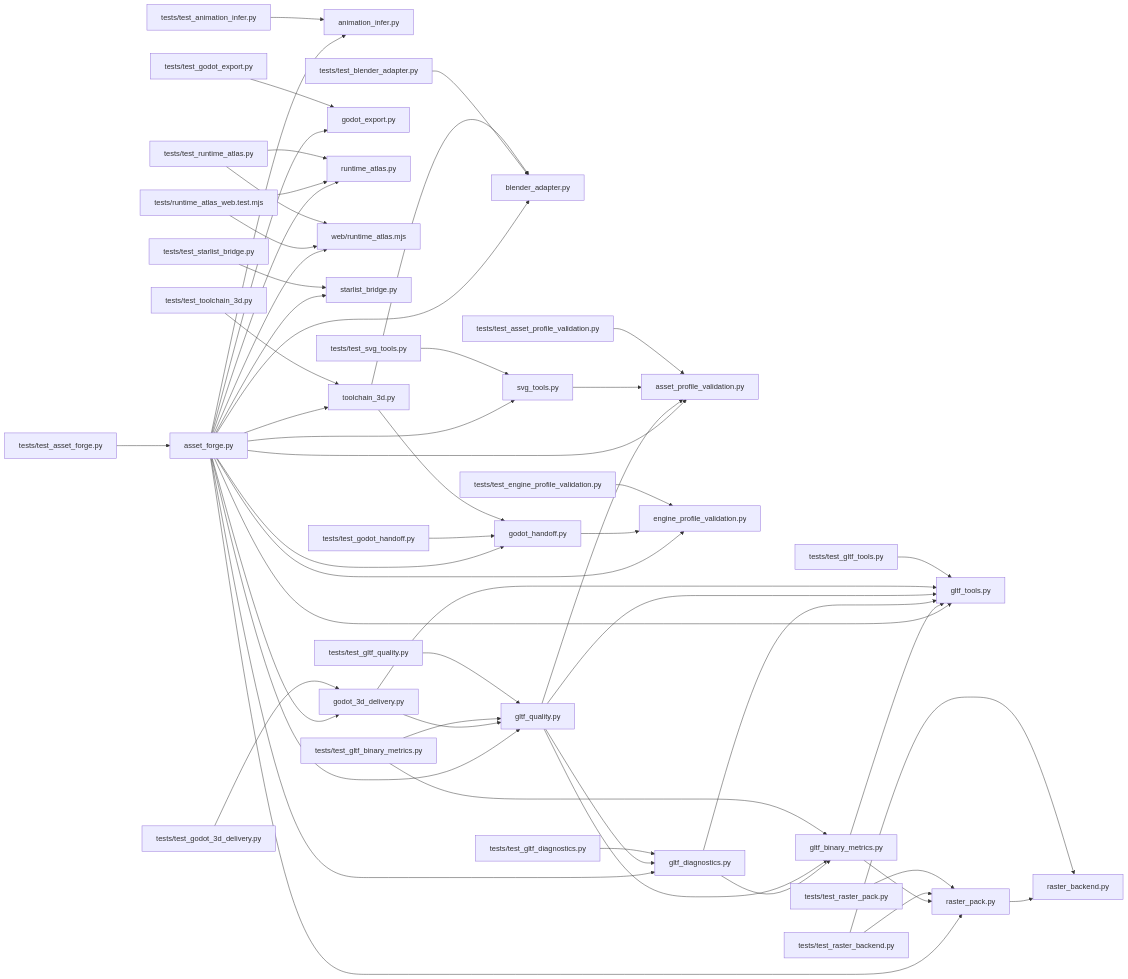
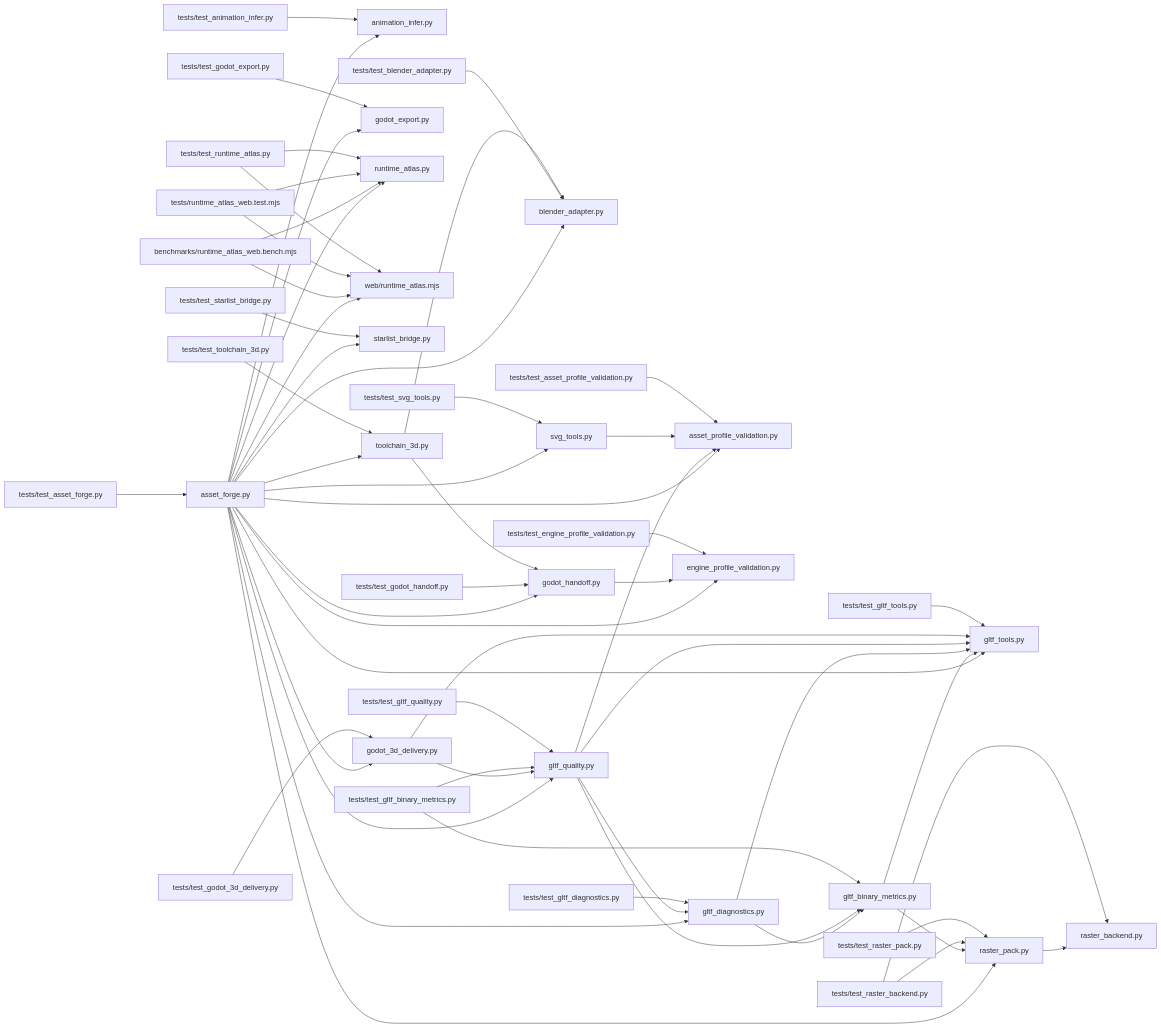
One commit to dbrckk/asset-forge changed the diagram in .ai/brain/architecture.mmd. Above: the diagram before and after it, drawn with Mermaid. The commit also changed 50 other files, not shown here.

```diff
--- a/.ai/brain/architecture.mmd
+++ b/.ai/brain/architecture.mmd
@@ -1,55 +1,57 @@
 flowchart LR
   nf6aaebdb60["asset_forge.py"] --> na6af60504f["animation_infer.py"]
   nf6aaebdb60["asset_forge.py"] --> n0b538ad53a["asset_profile_validation.py"]
   nf6aaebdb60["asset_forge.py"] --> n53f8241bed["blender_adapter.py"]
   nf6aaebdb60["asset_forge.py"] --> n6c970becb0["engine_profile_validation.py"]
   nf6aaebdb60["asset_forge.py"] --> n75933d141d["gltf_diagnostics.py"]
   nf6aaebdb60["asset_forge.py"] --> n40671eb73f["gltf_quality.py"]
   nf6aaebdb60["asset_forge.py"] --> n603af8be95["gltf_tools.py"]
   nf6aaebdb60["asset_forge.py"] --> n19f6cc30a2["godot_3d_delivery.py"]
   nf6aaebdb60["asset_forge.py"] --> nf513c6f74a["godot_export.py"]
   nf6aaebdb60["asset_forge.py"] --> n4ac24c4308["godot_handoff.py"]
   nf6aaebdb60["asset_forge.py"] --> n812f5d6cd8["raster_pack.py"]
   nf6aaebdb60["asset_forge.py"] --> n5b9c1dbfe7["runtime_atlas.py"]
   nf6aaebdb60["asset_forge.py"] --> nbf71796fb5["web/runtime_atlas.mjs"]
   nf6aaebdb60["asset_forge.py"] --> n60f2773fae["starlist_bridge.py"]
   nf6aaebdb60["asset_forge.py"] --> nd1a9eb18f4["svg_tools.py"]
   nf6aaebdb60["asset_forge.py"] --> n9f52789201["toolchain_3d.py"]
+  nf1083f5ce7["benchmarks/runtime_atlas_web.bench.mjs"] --> n5b9c1dbfe7["runtime_atlas.py"]
+  nf1083f5ce7["benchmarks/runtime_atlas_web.bench.mjs"] --> nbf71796fb5["web/runtime_atlas.mjs"]
   nf2ad6ffaad["gltf_binary_metrics.py"] --> n603af8be95["gltf_tools.py"]
   nf2ad6ffaad["gltf_binary_metrics.py"] --> n812f5d6cd8["raster_pack.py"]
   n75933d141d["gltf_diagnostics.py"] --> nf2ad6ffaad["gltf_binary_metrics.py"]
   n75933d141d["gltf_diagnostics.py"] --> n603af8be95["gltf_tools.py"]
   n40671eb73f["gltf_quality.py"] --> n0b538ad53a["asset_profile_validation.py"]
   n40671eb73f["gltf_quality.py"] --> nf2ad6ffaad["gltf_binary_metrics.py"]
   n40671eb73f["gltf_quality.py"] --> n75933d141d["gltf_diagnostics.py"]
   n40671eb73f["gltf_quality.py"] --> n603af8be95["gltf_tools.py"]
   n19f6cc30a2["godot_3d_delivery.py"] --> n40671eb73f["gltf_quality.py"]
   n19f6cc30a2["godot_3d_delivery.py"] --> n603af8be95["gltf_tools.py"]
   n4ac24c4308["godot_handoff.py"] --> n6c970becb0["engine_profile_validation.py"]
   n812f5d6cd8["raster_pack.py"] --> n1f573e1b00["raster_backend.py"]
   nd1a9eb18f4["svg_tools.py"] --> n0b538ad53a["asset_profile_validation.py"]
   n6d6a7f3f5f["tests/runtime_atlas_web.test.mjs"] --> n5b9c1dbfe7["runtime_atlas.py"]
   n6d6a7f3f5f["tests/runtime_atlas_web.test.mjs"] --> nbf71796fb5["web/runtime_atlas.mjs"]
   ndd9a4fb45c["tests/test_animation_infer.py"] --> na6af60504f["animation_infer.py"]
   na7d4387d3f["tests/test_asset_forge.py"] --> nf6aaebdb60["asset_forge.py"]
   necd522caf1["tests/test_asset_profile_validation.py"] --> n0b538ad53a["asset_profile_validation.py"]
   n0b5e01c792["tests/test_blender_adapter.py"] --> n53f8241bed["blender_adapter.py"]
   n69f8299d4b["tests/test_engine_profile_validation.py"] --> n6c970becb0["engine_profile_validation.py"]
   nd70a422de4["tests/test_gltf_binary_metrics.py"] --> nf2ad6ffaad["gltf_binary_metrics.py"]
   nd70a422de4["tests/test_gltf_binary_metrics.py"] --> n40671eb73f["gltf_quality.py"]
   nfb115d84b9["tests/test_gltf_diagnostics.py"] --> n75933d141d["gltf_diagnostics.py"]
   n9879eb7c58["tests/test_gltf_quality.py"] --> n40671eb73f["gltf_quality.py"]
   nbe4b566f23["tests/test_gltf_tools.py"] --> n603af8be95["gltf_tools.py"]
   n5132dff4b4["tests/test_godot_3d_delivery.py"] --> n19f6cc30a2["godot_3d_delivery.py"]
   n765e2032dc["tests/test_godot_export.py"] --> nf513c6f74a["godot_export.py"]
   n796d12e7ad["tests/test_godot_handoff.py"] --> n4ac24c4308["godot_handoff.py"]
   nfa190699df["tests/test_raster_backend.py"] --> n1f573e1b00["raster_backend.py"]
   nfa190699df["tests/test_raster_backend.py"] --> n812f5d6cd8["raster_pack.py"]
   nacd4f64dad["tests/test_raster_pack.py"] --> n812f5d6cd8["raster_pack.py"]
   n648bc622f8["tests/test_runtime_atlas.py"] --> n5b9c1dbfe7["runtime_atlas.py"]
   n648bc622f8["tests/test_runtime_atlas.py"] --> nbf71796fb5["web/runtime_atlas.mjs"]
   n741d12fac4["tests/test_starlist_bridge.py"] --> n60f2773fae["starlist_bridge.py"]
   n9799642b7e["tests/test_svg_tools.py"] --> nd1a9eb18f4["svg_tools.py"]
   n67da2e7cde["tests/test_toolchain_3d.py"] --> n9f52789201["toolchain_3d.py"]
   n9f52789201["toolchain_3d.py"] --> n53f8241bed["blender_adapter.py"]
   n9f52789201["toolchain_3d.py"] --> n4ac24c4308["godot_handoff.py"]
```
